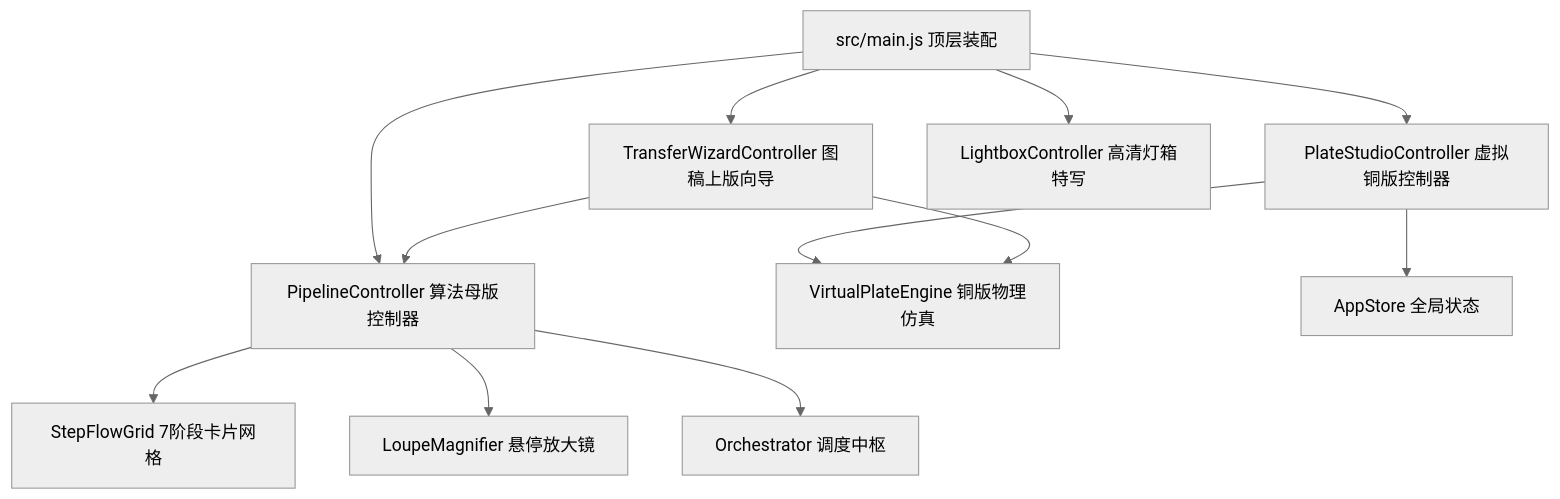
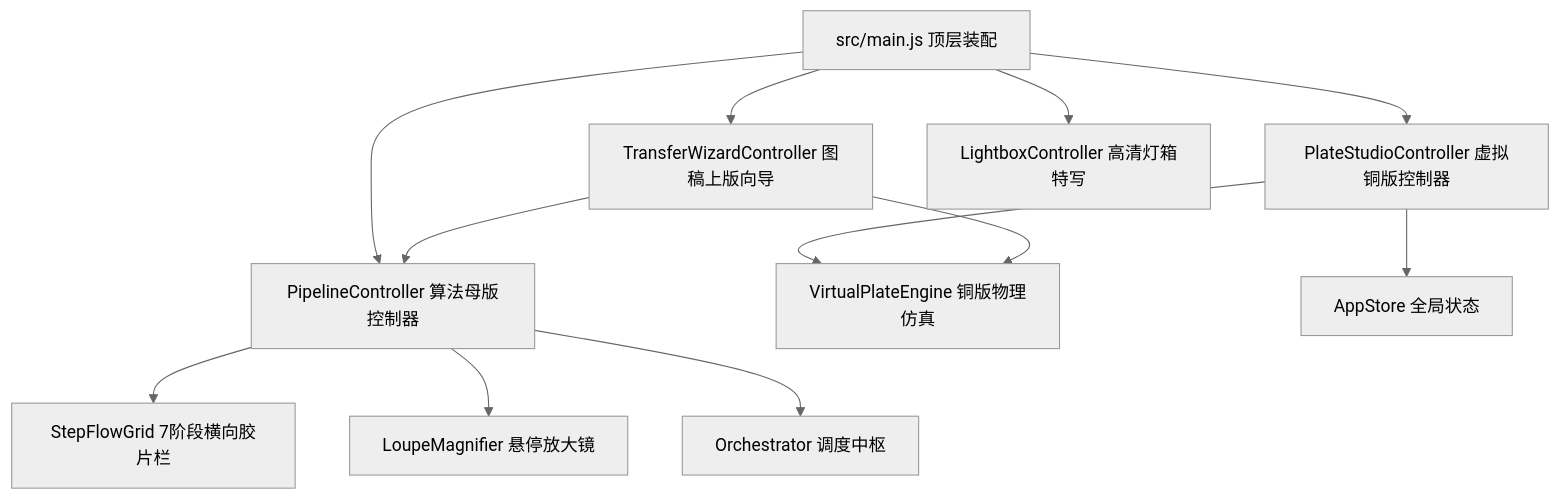
The first of 2 diagrams in src/ui/controllers/docs/ARCHITECTURE.md (gongzhimin/Etchloom), drawn with Mermaid (neutral theme) before and after one commit. The commit also changed other lines of this file and 43 other files, not shown here.

Commit message:
Align workbench UI and documentation with current two-stage flow

````diff
--- a/src/ui/controllers/docs/ARCHITECTURE.md
+++ b/src/ui/controllers/docs/ARCHITECTURE.md
@@ -10,17 +10,17 @@
 ```mermaid
 graph TD
     Main[src/main.js 顶层装配] --> PC[PipelineController 算法母版控制器]
     Main --> PSC[PlateStudioController 虚拟铜版控制器]
     Main --> TWC[TransferWizardController 图稿上版向导]
     Main --> LBC[LightboxController 高清灯箱特写]
 
-    PC --> Grid[StepFlowGrid 7阶段卡片网格]
+    PC --> Grid[StepFlowGrid 7阶段横向胶片栏]
     PC --> Loupe[LoupeMagnifier 悬停放大镜]
     PC --> Orch[Orchestrator 调度中枢]
 
     PSC --> Engine[VirtualPlateEngine 铜版物理仿真]
     PSC --> Store[AppStore 全局状态]
 
     TWC --> Engine
     TWC --> PC
 ```
````
